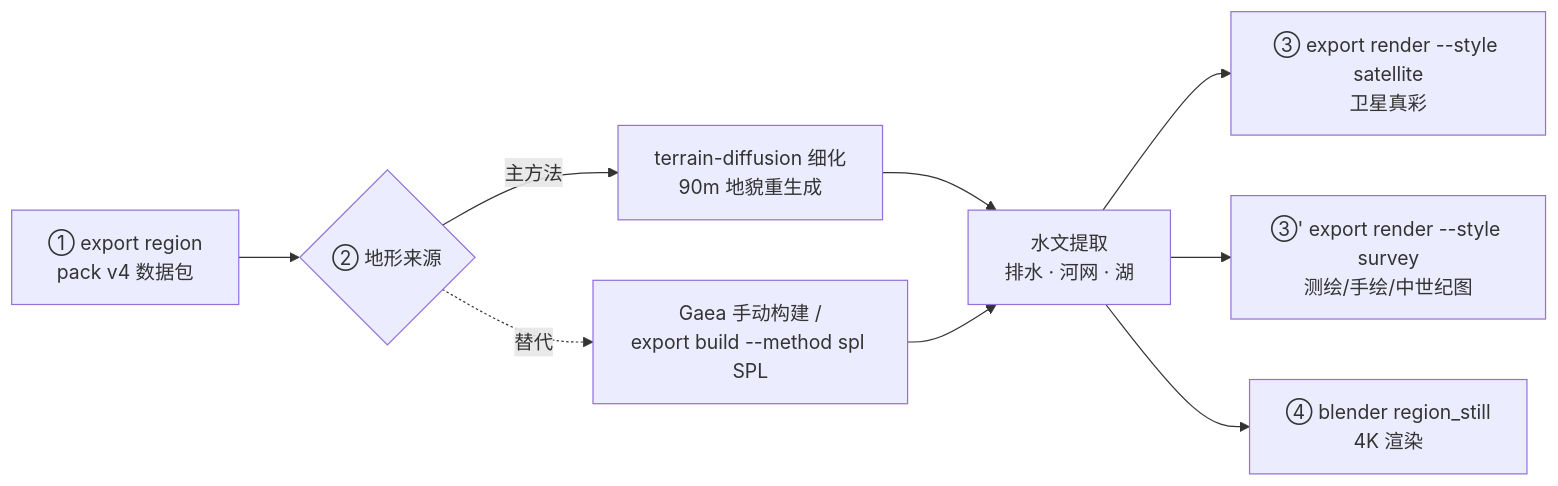
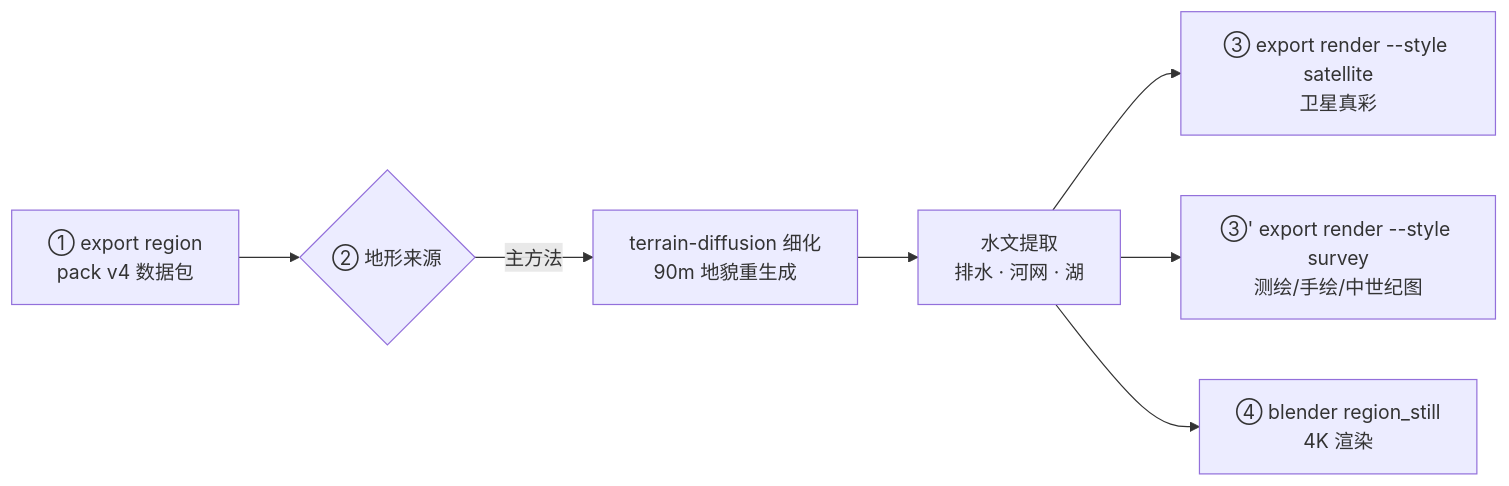
Before and after one commit to fyabc/dreamulator: the diagram in docs/usage/terrain-chain.md, drawn with Mermaid. The commit also changed other lines of this file and 7 other files, not shown here.

First line of the commit message:
refactor(export): retire the SPL erosion path; prog_erosion becomes hydrology primitives

````diff
--- a/docs/usage/terrain-chain.md
+++ b/docs/usage/terrain-chain.md
@@ -46,11 +46,9 @@
 ```mermaid
 flowchart LR
     A[① export region<br/>pack v4 数据包] --> B{② 地形来源}
     B -->|主方法| C[terrain-diffusion 细化<br/>90m 地貌重生成]
-    B -.->|替代| D[Gaea 手动构建 /<br/>export build --method spl SPL]
     C --> E[水文提取<br/>排水 · 河网 · 湖]
-    D --> E
     E --> F[③ export render --style satellite<br/>卫星真彩]
     E --> G[③' export render --style survey<br/>测绘/手绘/中世纪图]
     E --> H[④ blender region_still<br/>4K 渲染]
 ```
````
